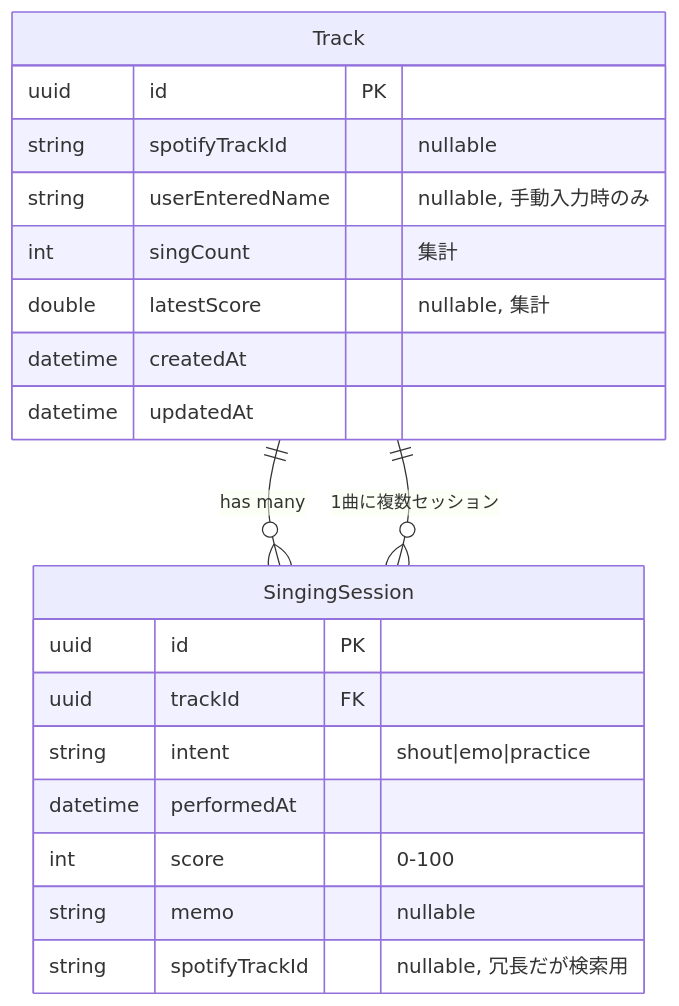
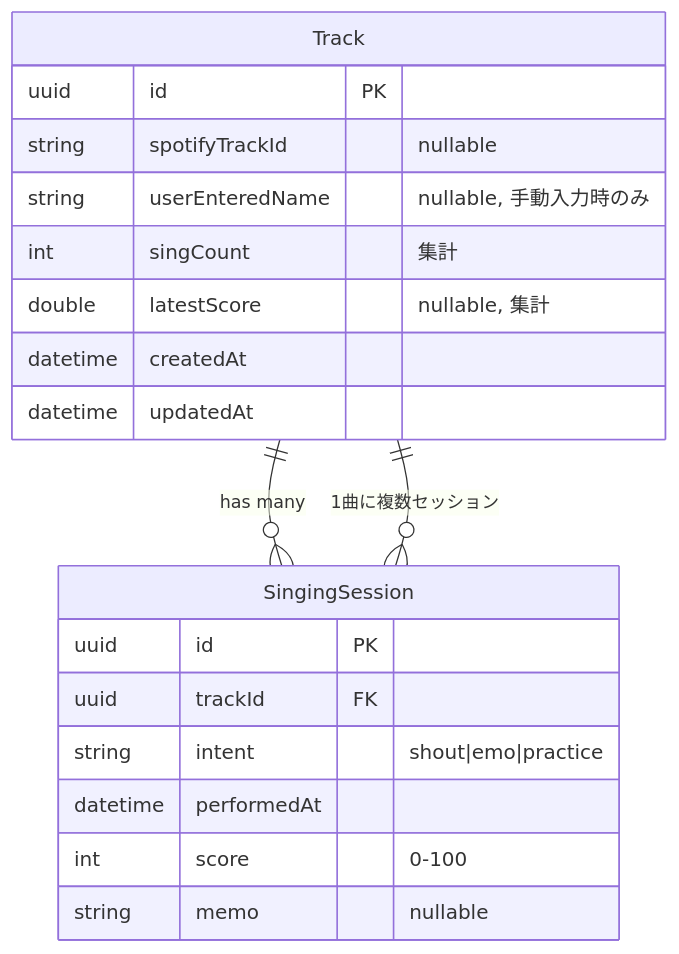
The sixth of 7 diagrams in docs/detailed_design.md (omomi-moti/Karaoke_support), drawn with Mermaid before and after one commit. The commit also changed other lines of this file, not shown here.

First line of the commit message:
docs(detailed_design): remove redundant spotifyTrackId from SingingSession

````diff
--- a/docs/detailed_design.md
+++ b/docs/detailed_design.md
@@ -252,25 +251,24 @@
 ```mermaid
 erDiagram
     Track ||--o{ SingingSession : "has many"
     Track {
         uuid id PK
         string spotifyTrackId "nullable"
         string userEnteredName "nullable, 手動入力時のみ"
         int singCount "集計"
         double latestScore "nullable, 集計"
         datetime createdAt
         datetime updatedAt
     }
 
     SingingSession {
         uuid id PK
         uuid trackId FK
         string intent "shout|emo|practice"
         datetime performedAt
         int score "0-100"
         string memo "nullable"
-        string spotifyTrackId "nullable, 冗長だが検索用"
     }
 
     Track ||--o{ SingingSession : "1曲に複数セッション"
 ```
````
